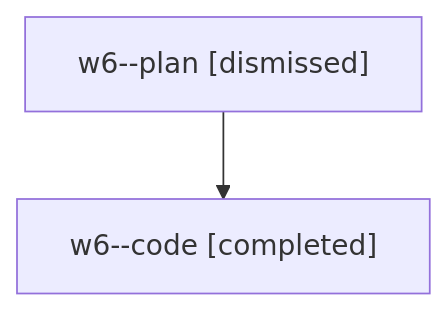
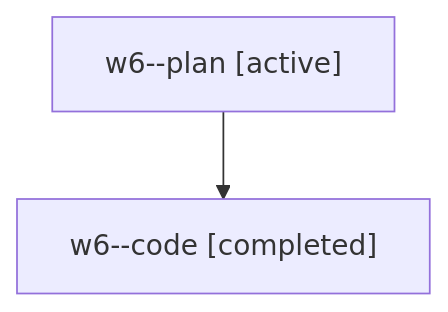
The diagram in families/bbugyi200.athena.w6.md (sase-org/sase--agents), drawn with Mermaid before and after one commit. The commit also changed other lines of this file and 35830 other files, not shown here.

````diff
--- a/families/bbugyi200.athena.w6.md
+++ b/families/bbugyi200.athena.w6.md
@@ -9,6 +9,6 @@
 ```mermaid
 flowchart TD
-  n0["w6--plan [dismissed]"]
+  n0["w6--plan [active]"]
   n1["w6--code [completed]"]
   n0 --> n1
 ```
````
